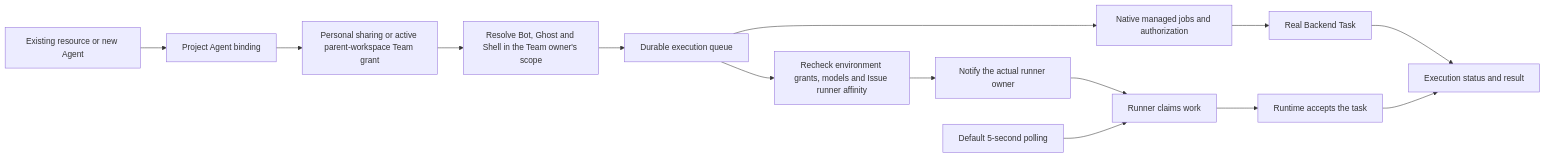
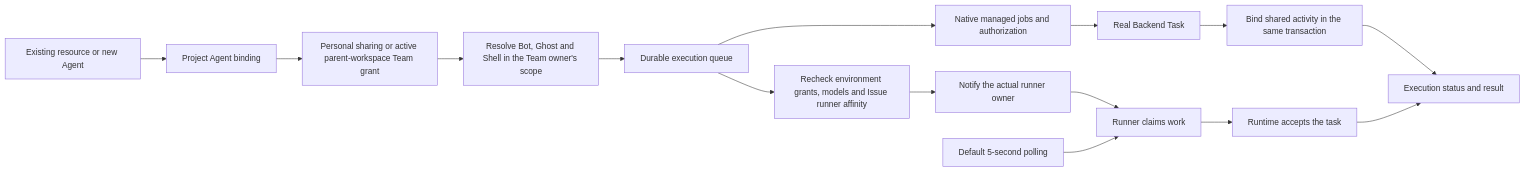
The diagram in docs/en/wegent/developer-guide/wework-collaboration-execution.md (wecode-ai/Wegent), drawn with Mermaid before and after one commit. The commit also changed other lines of this file and 13 other files, not shown here.

````diff
--- a/docs/en/wegent/developer-guide/wework-collaboration-execution.md
+++ b/docs/en/wegent/developer-guide/wework-collaboration-execution.md
@@ -10,16 +10,17 @@
 ```mermaid
 flowchart LR
   Selection[Existing resource or new Agent] --> Binding[Project Agent binding]
   Binding --> Access[Personal sharing or active parent-workspace Team grant]
   Access --> Compile[Resolve Bot, Ghost and Shell in the Team owner's scope]
   Compile --> Queue[Durable execution queue]
   Queue --> Managed[Native managed jobs and authorization]
   Managed --> Task[Real Backend Task]
-  Task --> Status
+  Task --> Activity[Bind shared activity in the same transaction]
+  Activity --> Status
   Queue --> Routing[Recheck environment grants, models and Issue runner affinity]
   Routing --> Wake[Notify the actual runner owner]
   Wake --> Pull[Runner claims work]
   Poll[Default 5-second polling] --> Pull
   Pull --> Accept[Runtime accepts the task]
   Accept --> Status[Execution status and result]
 ```
````
